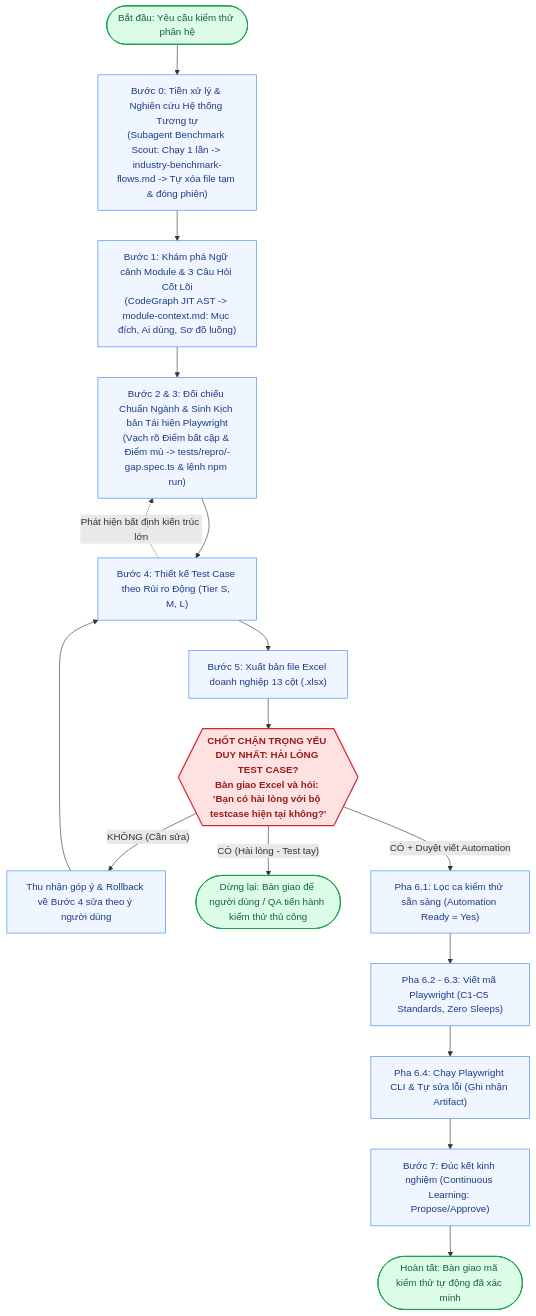
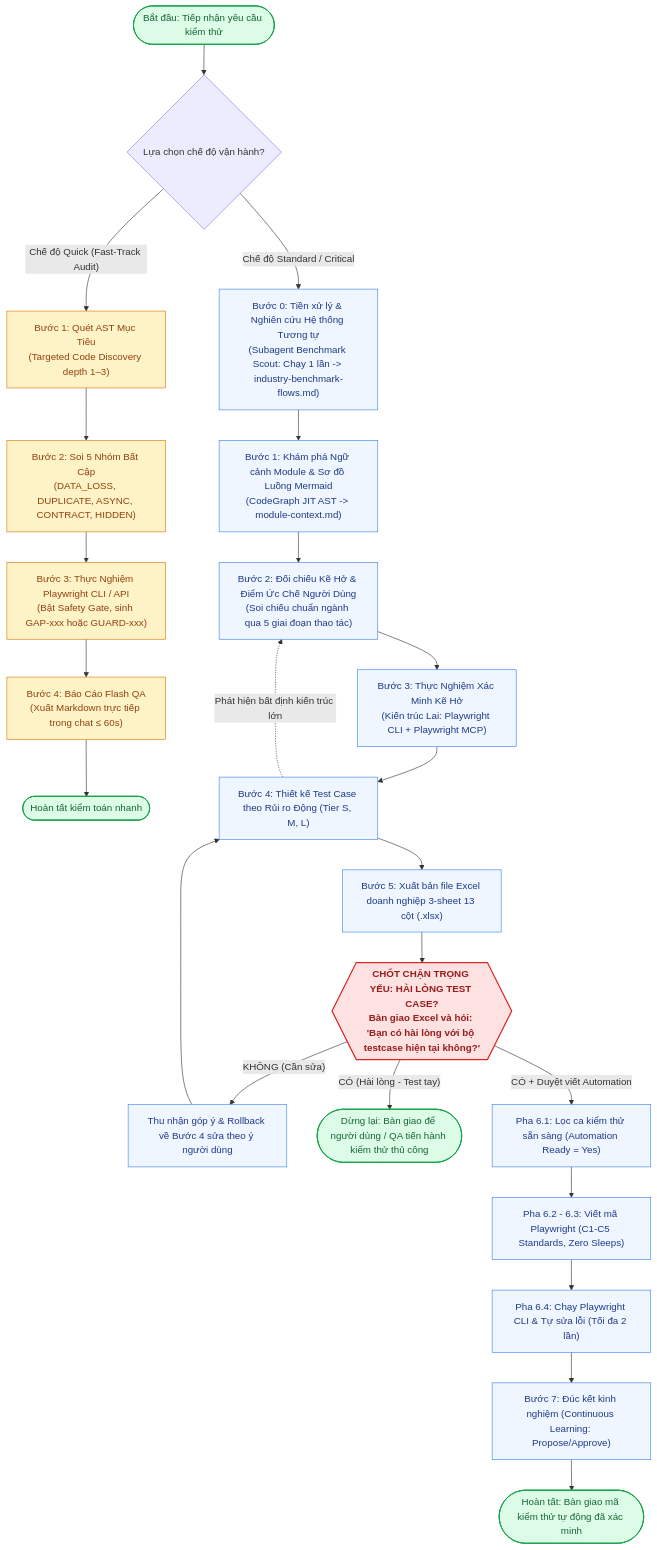
Before and after one commit to Dang-nhut-tan/QA-skill: the diagram in README.md, drawn with Mermaid. The commit also changed other lines of this file, not shown here.

Commit message:
docs(readme): update README with Fast-Track QA Audit v2, 3 execution modes, and hybrid architecture

````diff
--- a/README.md
+++ b/README.md
@@ -74,32 +124,42 @@
 ```mermaid
 flowchart TD
-    Start(["Bắt đầu: Yêu cầu kiểm thử phân hệ"]) --> S0["Bước 0: Tiền xử lý & Nghiên cứu Hệ thống Tương tự<br/>(Subagent Benchmark Scout: Chạy 1 lần -> industry-benchmark-flows.md -> Tự xóa file tạm & đóng phiên)"]
+    Start(["Bắt đầu: Tiếp nhận yêu cầu kiểm thử"]) --> ModeCheck{"Lựa chọn chế độ vận hành?"}
     
-    S0 --> S1["Bước 1: Khám phá Ngữ cảnh Module & 3 Câu Hỏi Cốt Lõi<br/>(CodeGraph JIT AST -> module-context.md: Mục đích, Ai dùng, Sơ đồ luồng)"]
+    %% Nhánh Quick Mode
+    ModeCheck -- "Chế độ Quick (Fast-Track Audit)" --> Q1["Bước 1: Quét AST Mục Tiêu<br/>(Targeted Code Discovery depth 1–3)"]
+    Q1 --> Q2["Bước 2: Soi 5 Nhóm Bất Cập<br/>(DATA_LOSS, DUPLICATE, ASYNC, CONTRACT, HIDDEN)"]
+    Q2 --> Q3["Bước 3: Thực Nghiệm Playwright CLI / API<br/>(Bật Safety Gate, sinh GAP-xxx hoặc GUARD-xxx)"]
+    Q3 --> Q4["Bước 4: Báo Cáo Flash QA<br/>(Xuất Markdown trực tiếp trong chat ≤ 60s)"]
+    Q4 --> EndQuick(["Hoàn tất kiểm toán nhanh"])
+
+    %% Nhánh Standard & Critical
+    ModeCheck -- "Chế độ Standard / Critical" --> S0["Bước 0: Tiền xử lý & Nghiên cứu Hệ thống Tương tự<br/>(Subagent Benchmark Scout: Chạy 1 lần -> industry-benchmark-flows.md)"]
+    S0 --> S1["Bước 1: Khám phá Ngữ cảnh Module & Sơ đồ Luồng Mermaid<br/>(CodeGraph JIT AST -> module-context.md)"]
+    S1 --> S2["Bước 2: Đối chiếu Kẽ Hở & Điểm Ức Chế Người Dùng<br/>(Soi chiếu chuẩn ngành qua 5 giai đoạn thao tác)"]
+    S2 --> S3["Bước 3: Thực Nghiệm Xác Minh Kẽ Hở<br/>(Kiến trúc Lai: Playwright CLI + Playwright MCP)"]
+    S3 --> S4["Bước 4: Thiết kế Test Case theo Rủi ro Động (Tier S, M, L)"]
+    S4 -. "Phát hiện bất định kiến trúc lớn" .-> S2
+    S4 --> S5["Bước 5: Xuất bản file Excel doanh nghiệp 3-sheet 13 cột (.xlsx)"]
     
-    S1 --> S2["Bước 2 & 3: Đối chiếu Chuẩn Ngành & Sinh Kịch bản Tái hiện Playwright<br/>(Vạch rõ Điểm bất cập & Điểm mù -> tests/repro/<module>-gap.spec.ts & lệnh npm run)"]
-    
-    S2 --> S4["Bước 4: Thiết kế Test Case theo Rủi ro Động (Tier S, M, L)"]
-    S4 -. "Phát hiện bất định kiến trúc lớn" .-> S2
-    S4 --> S5["Bước 5: Xuất bản file Excel doanh nghiệp 13 cột (.xlsx)"]
-    
-    S5 --> GateReview{{"CHỐT CHẶN TRỌNG YẾU DUY NHẤT: HÀI LÒNG TEST CASE?<br/>Bàn giao Excel và hỏi: 'Bạn có hài lòng với bộ testcase hiện tại không?'"}}
+    S5 --> GateReview{{"CHỐT CHẶN TRỌNG YẾU: HÀI LÒNG TEST CASE?<br/>Bàn giao Excel và hỏi: 'Bạn có hài lòng với bộ testcase hiện tại không?'"}}
     
     GateReview -- "KHÔNG (Cần sửa)" --> FixLoop["Thu nhận góp ý & Rollback về Bước 4 sửa theo ý người dùng"]
     FixLoop --> S4
     
     GateReview -- "CÓ (Hài lòng - Test tay)" --> WaitManual(["Dừng lại: Bàn giao để người dùng / QA tiến hành kiểm thử thủ công"])
     
     GateReview -- "CÓ + Duyệt viết Automation" --> S61["Pha 6.1: Lọc ca kiểm thử sẵn sàng (Automation Ready = Yes)"]
     S61 --> S62["Pha 6.2 - 6.3: Viết mã Playwright (C1-C5 Standards, Zero Sleeps)"]
-    S62 --> S64["Pha 6.4: Chạy Playwright CLI & Tự sửa lỗi (Ghi nhận Artifact)"]
+    S62 --> S64["Pha 6.4: Chạy Playwright CLI & Tự sửa lỗi (Tối đa 2 lần)"]
     S64 --> S7["Bước 7: Đúc kết kinh nghiệm (Continuous Learning: Propose/Approve)"]
-    S7 --> EndNode(["Hoàn tất: Bàn giao mã kiểm thử tự động đã xác minh"])
+    S7 --> EndStandard(["Hoàn tất: Bàn giao mã kiểm thử tự động đã xác minh"])
 
     classDef stop fill:#FEE2E2,stroke:#DC2626,stroke-width:2px,color:#991B1B,font-weight:bold;
     classDef step fill:#EFF6FF,stroke:#3B82F6,stroke-width:1px,color:#1E3A8A;
+    classDef quick fill:#FEF3C7,stroke:#D97706,stroke-width:1px,color:#92400E;
     classDef done fill:#DCFCE7,stroke:#16A34A,stroke-width:1.5px,color:#166534;
     class GateReview stop;
-    class S0,S1,S2,S4,S5,FixLoop,S61,S62,S64,S7 step;
-    class Start,WaitManual,EndNode done;
+    class S0,S1,S2,S3,S4,S5,FixLoop,S61,S62,S64,S7 step;
+    class Q1,Q2,Q3,Q4 quick;
+    class Start,WaitManual,EndQuick,EndStandard done;
 ```
````
